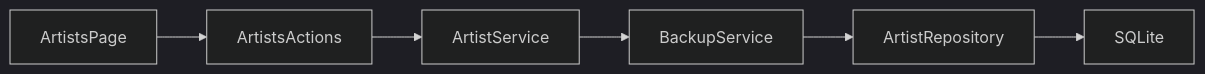
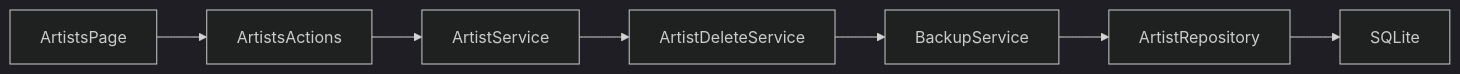
One commit to PKT0623/PixivLocalManager changed the seventh of 23 diagrams in docs/07_ARCHITECTURE.md. Above: the diagram before and after it, drawn with Mermaid (dark theme). The commit also changed other lines of this file and 10 other files, not shown here.

````diff
--- a/docs/07_ARCHITECTURE.md
+++ b/docs/07_ARCHITECTURE.md
@@ -393,10 +461,11 @@
 ```mermaid
 flowchart LR
 
 ArtistsPage
 --> ArtistsActions
 --> ArtistService
+--> ArtistDeleteService
 --> BackupService
 --> ArtistRepository
 --> SQLite
 ```
````
